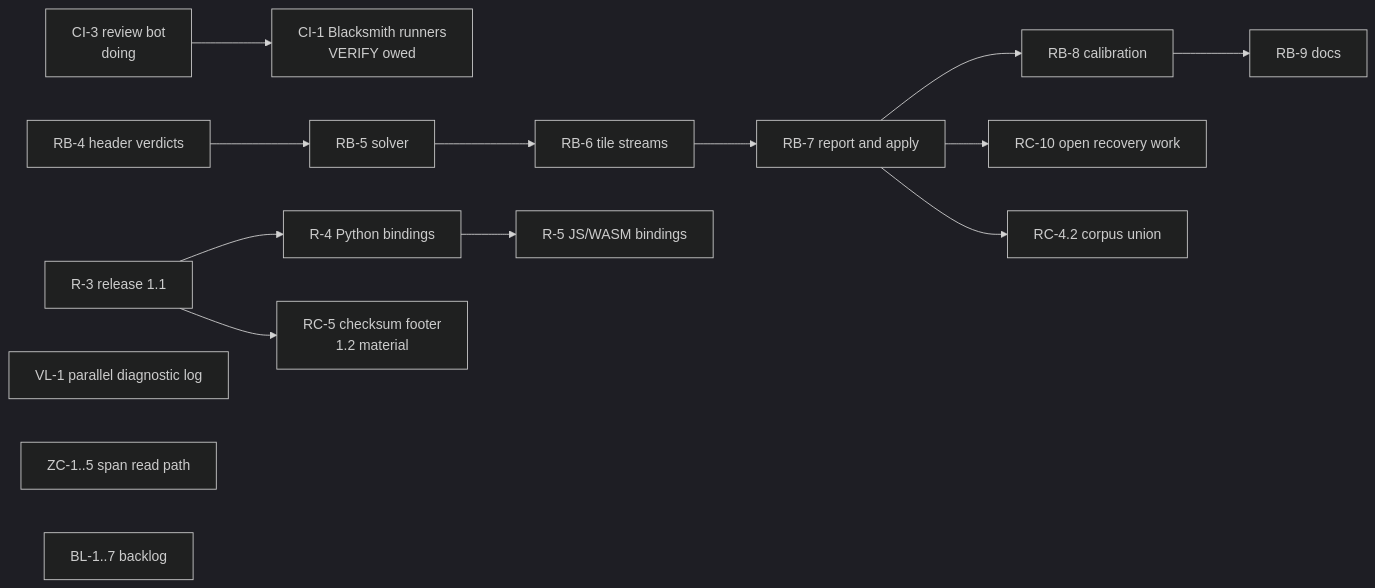
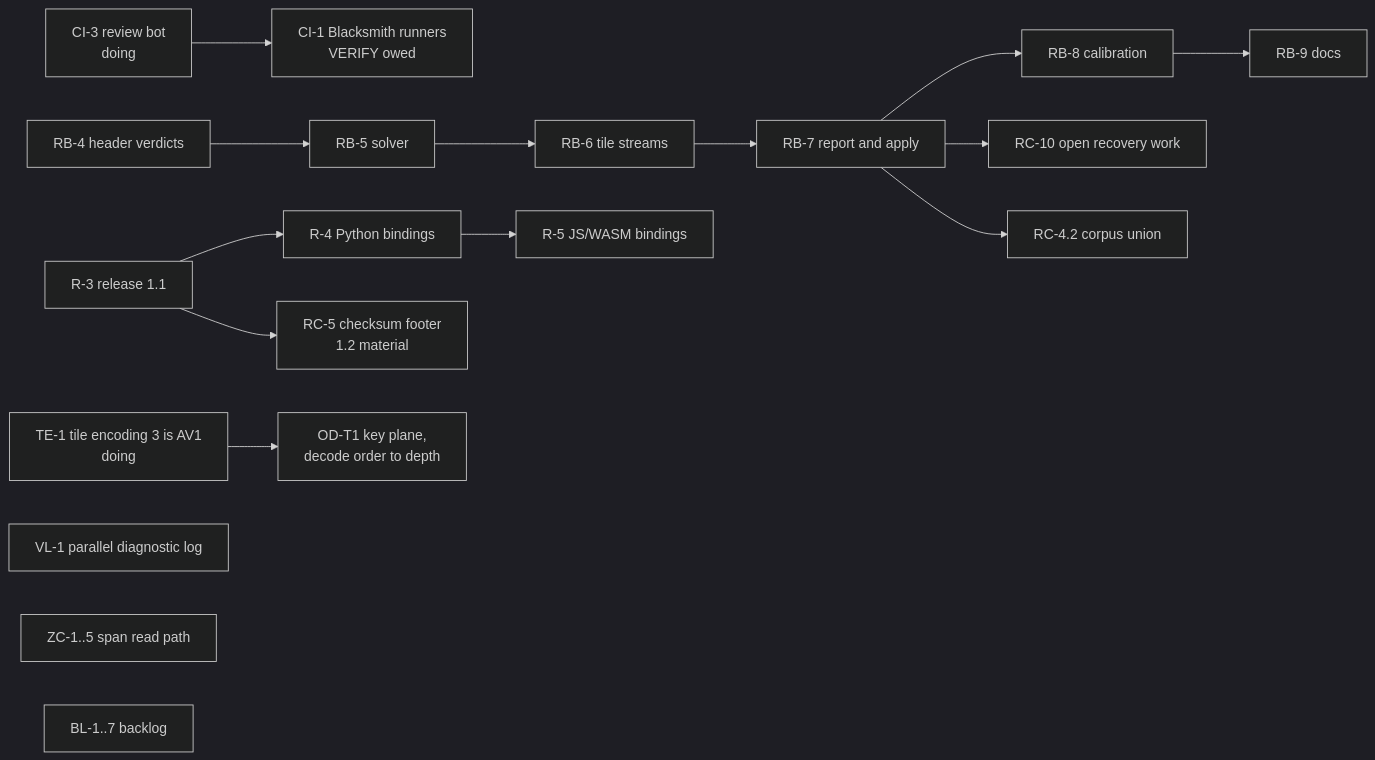
The diagram in development/WBS.md (Aptix-Bio/Iris-File-Extension), drawn with Mermaid (dark theme) before and after one commit. The commit also changed other lines of this file and 12 other files, not shown here.

````diff
--- a/development/WBS.md
+++ b/development/WBS.md
@@ -40,17 +40,18 @@
 ```mermaid
 flowchart LR
     CI3["CI-3 review bot<br/>doing"] --> CI1["CI-1 Blacksmith runners<br/>VERIFY owed"]
     RB4["RB-4 header verdicts"] --> RB5["RB-5 solver"]
     RB5 --> RB6["RB-6 tile streams"]
     RB6 --> RB7["RB-7 report and apply"]
     RB7 --> RB8["RB-8 calibration"]
     RB8 --> RB9["RB-9 docs"]
     RB7 --> RC10["RC-10 open recovery work"]
     RB7 --> RC4["RC-4.2 corpus union"]
     R3["R-3 release 1.1"] --> R4["R-4 Python bindings"]
     R4 --> R5["R-5 JS/WASM bindings"]
     R3 --> RC5["RC-5 checksum footer<br/>1.2 material"]
+    TE1["TE-1 tile encoding 3 is AV1<br/>doing"] --> OD["OD-T1 key plane,<br/>decode order to depth"]
     VL1["VL-1 parallel diagnostic log"]
     ZC["ZC-1..5 span read path"]
     BL["BL-1..7 backlog"]
 ```
````
